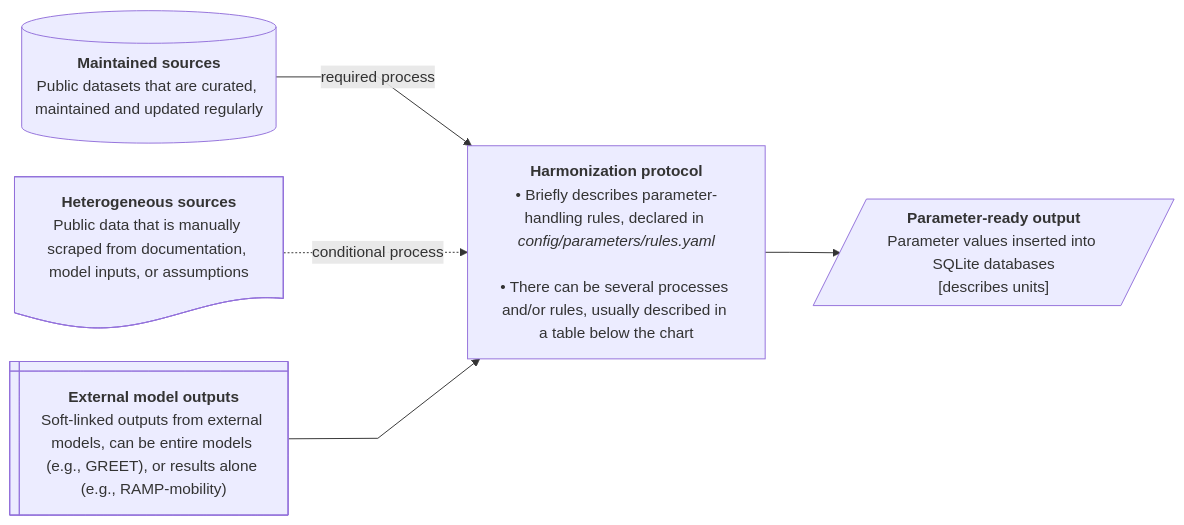
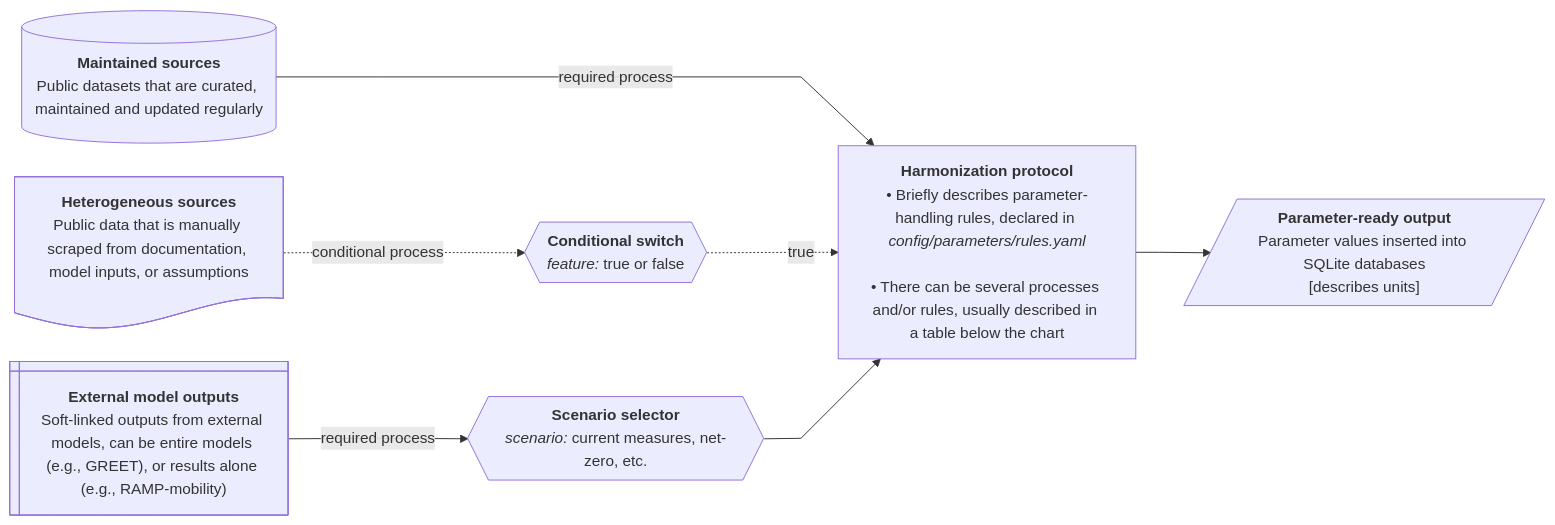
The first of 9 diagrams in docs/etl_flowcharts.md (CANOE-main/canoe-transportation), drawn with Mermaid before and after one commit. The commit also changed other lines of this file and 47 other files, not shown here.

````diff
--- a/docs/etl_flowcharts.md
+++ b/docs/etl_flowcharts.md
@@ -27,25 +26,27 @@
 ```mermaid
 ---
 config:
   layout: dagre
   flowchart:
     nodeSpacing: 35
     rankSpacing: 50
     wrappingWidth: 250
     curve: linear
 ---
 flowchart LR
   %% --- Sources ---
   s0[("`**Maintained sources**<br>Public datasets that are curated, maintained and updated regularly`")]
   s1@{shape: doc, label: "**Heterogeneous sources**<br>Public data that is manually scraped from documentation, model inputs, or assumptions"}
   s2@{shape: win-pane, label: "**External model outputs**<br>Soft-linked outputs from external models, can be entire models (e.g., GREET), or results alone (e.g., RAMP-mobility)" }
 
   %% --- Processes ---
+  p0@{shape: hex, label: "**Conditional switch**<br>*feature:* true or false"}
+  p0_2@{shape: hex, label: "**Scenario selector**<br>*scenario:* current measures, net-zero, etc."}
   p1["`**Harmonization protocol**<br>• Briefly describes parameter-handling rules, declared in *config/parameters/rules.yaml*<br><br>• There can be several processes and/or rules, usually described in a table below the chart`"]
 
-  s0 -- required process --> p1
-  s1 -. conditional process .-> p1
-  s2 --> p1
+  s0 -- required process ---> p1
+  s1 -. conditional process .-> p0 -. true .-> p1
+  s2 -- required process --> p0_2 --> p1
 
   p1 --> o1[/"`**Parameter-ready output**<br>Parameter values inserted into SQLite databases<br>[describes units]`"/]
 ```
````
